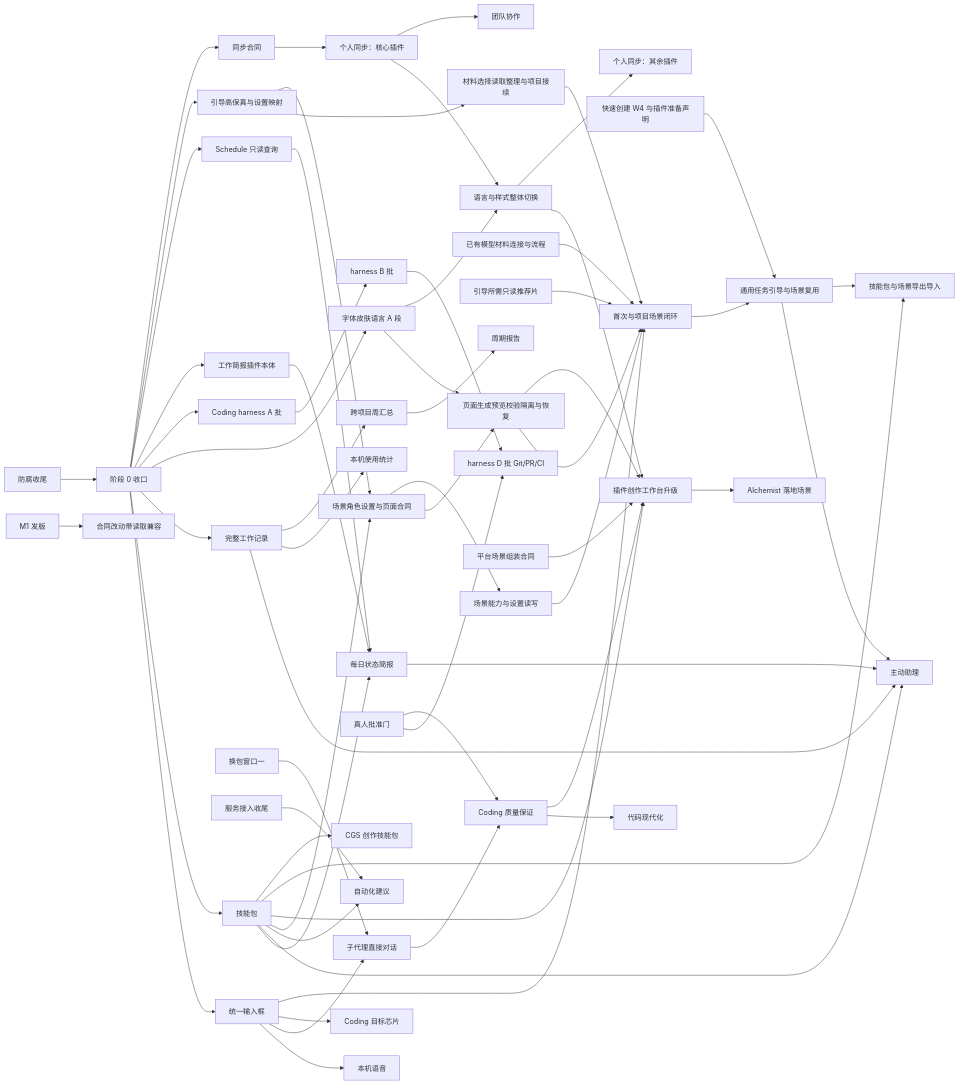
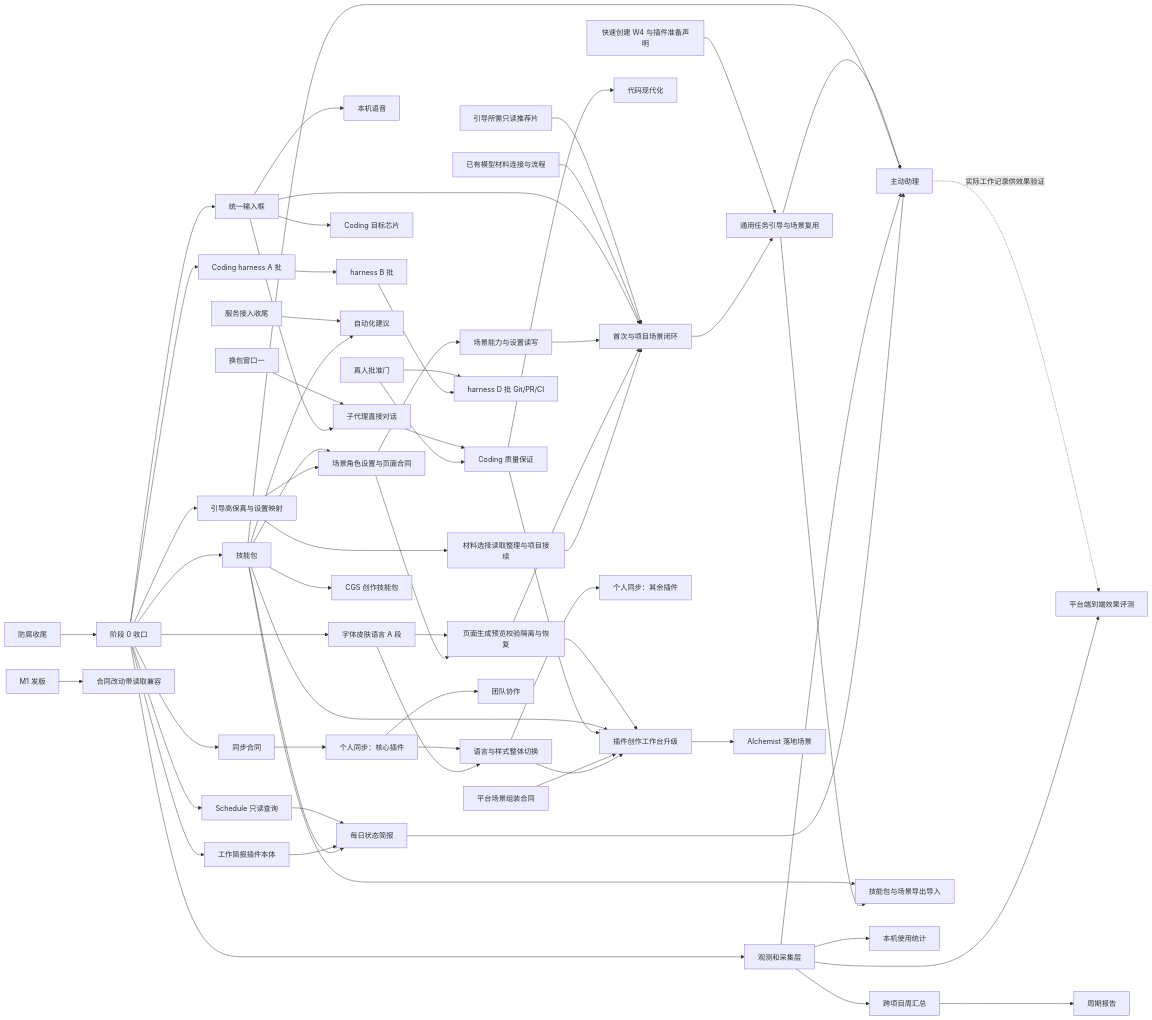
The diagram in specs/post-anticorruption-roadmap/spec.md (molis-ai/molis-work), drawn with Mermaid before and after one commit. The commit also changed other lines of this file and 5 other files, not shown here.

````diff
--- a/specs/post-anticorruption-roadmap/spec.md
+++ b/specs/post-anticorruption-roadmap/spec.md
@@ -187,64 +191,66 @@
 ```mermaid
 flowchart LR
   AC[防腐收尾] --> S0[阶段 0 收口]
   S0 --> IN[统一输入框]
   S0 --> SP[技能包]
-  S0 --> WR[完整工作记录]
+  S0 --> WR[观测和采集层]
   S0 --> FA[字体皮肤语言 A 段]
   S0 --> HA[Coding harness A 批]
   S0 --> WB[工作简报插件本体]
   S0 --> SQ[Schedule 只读查询]
   IN --> VO[本机语音]
   IN --> SUB[子代理直接对话]
   IN --> CHIP[Coding 目标芯片]
   SP --> DB[每日状态简报]
   WB --> DB
   SQ --> DB
   DB --> PA[主动助理]
   WR --> PA
+  WR --> EV[平台端到端效果评测]
+  PA -. 实际工作记录供效果验证 .-> EV
   SP --> PA
   SP --> AR[自动化建议]
   S0 --> OD[引导高保真与设置映射]
   OD --> OI[材料选择读取整理与项目接续]
   OI --> ON
   OD --> OC[场景角色设置与页面合同]
   SP --> OC
   OC --> OG[页面生成预览校验隔离与恢复]
   FA --> OG
   OC --> OS[场景能力与设置读写]
   OG --> ON[首次与项目场景闭环]
   OS --> ON
   IN --> ON
   BASE[已有模型材料连接与流程] --> ON
   REC[引导所需只读推荐片] --> ON
   ON --> OT[通用任务引导与场景复用]
   QC[快速创建 W4 与插件准备声明] --> OT
   OT --> PA
   OT --> SH
   HA --> HB[harness B 批]
   HB --> HD[harness D 批 Git/PR/CI]
   AP[真人批准门] --> HD
   AP --> QA[Coding 质量保证]
   SUB --> QA
   QA --> MOD[代码现代化]
   W1[换包窗口一] --> SUB
   FA --> FC[语言与样式整体切换]
   FC --> PB[插件创作工作台升级]
   PC[平台场景组装合同] --> PB
   PB --> AL[Alchemist 落地场景]
   QA --> PB
   SP --> PB
   OG --> PB
   ASC[服务接入收尾] --> AR
   WR --> ST[本机使用统计]
   WR --> XP[跨项目周汇总]
   XP --> PR[周期报告]
   S0 --> SC[同步合同]
   SC --> SY[个人同步：核心插件]
   SY --> FC
   FC --> SY2[个人同步：其余插件]
   SY --> TEAM[团队协作]
   SP --> SH[技能包与场景导出导入]
   SP --> CGS[CGS 创作技能包]
   M1[M1 发版] --> COMPAT[合同改动带读取兼容]
 ```
````
